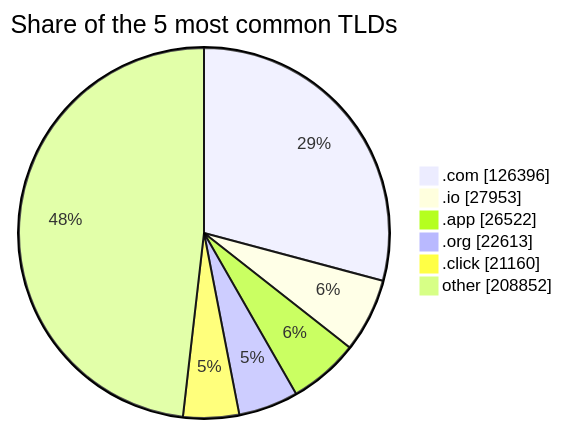
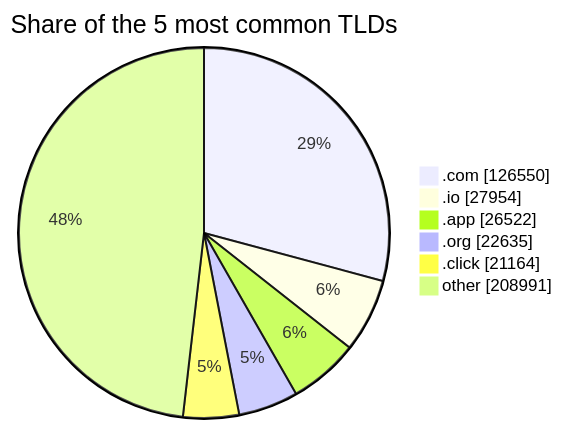
Before and after one commit to DNSBunker/CTI: the third of 3 diagrams in README.md, drawn with Mermaid. The commit also changed other lines of this file and 3 other files, not shown here.

````diff
--- a/README.md
+++ b/README.md
@@ -81,9 +81,9 @@
 ```mermaid
 pie showData title Share of the 5 most common TLDs
-    ".com" : 126396
-    ".io" : 27953
+    ".com" : 126550
+    ".io" : 27954
     ".app" : 26522
-    ".org" : 22613
-    ".click" : 21160
-    "other" : 208852
+    ".org" : 22635
+    ".click" : 21164
+    "other" : 208991
 ```
````
